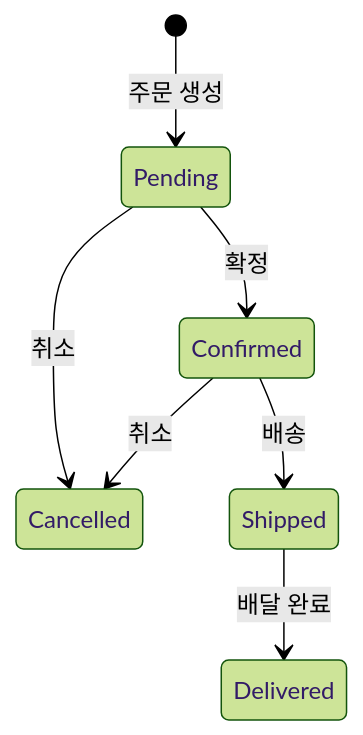
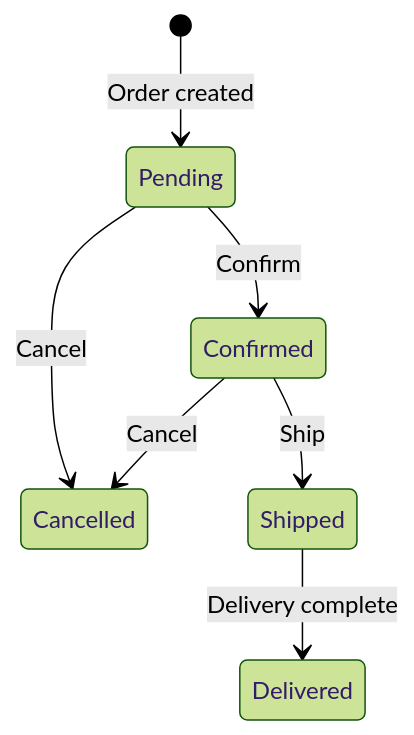
One commit to hhko/Functorium changed the first of 3 diagrams in Docs.Site/src/content/docs/samples/ecommerce-ddd/domain/00-business-requirements.md. Above: the diagram before and after it, drawn with Mermaid (forest theme). The commit also changed other lines of this file and 39 other files, not shown here.

Commit message:
docs(i18n): ecommerce-ddd 샘플, architecture-rules 튜토리얼, specification 서론 영문 번역

````diff
--- a/Docs.Site/src/content/docs/samples/ecommerce-ddd/domain/00-business-requirements.md
+++ b/Docs.Site/src/content/docs/samples/ecommerce-ddd/domain/00-business-requirements.md
@@ -82,9 +82,9 @@
 ```mermaid
 stateDiagram-v2
-    [*] --> Pending : 주문 생성
-    Pending --> Confirmed : 확정
-    Pending --> Cancelled : 취소
-    Confirmed --> Shipped : 배송
-    Confirmed --> Cancelled : 취소
-    Shipped --> Delivered : 배달 완료
+    [*] --> Pending : Order created
+    Pending --> Confirmed : Confirm
+    Pending --> Cancelled : Cancel
+    Confirmed --> Shipped : Ship
+    Confirmed --> Cancelled : Cancel
+    Shipped --> Delivered : Delivery complete
 ```
````
